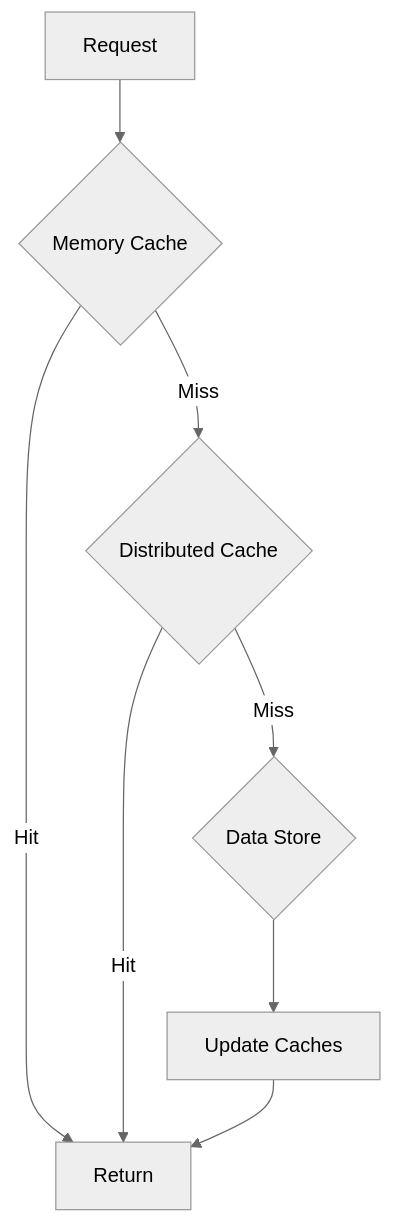
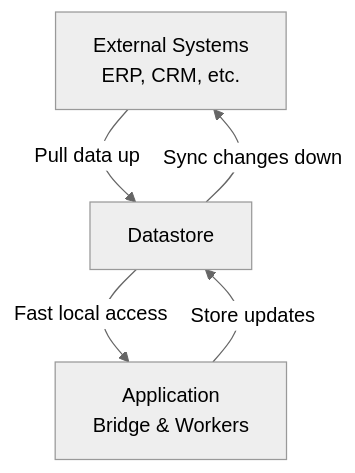
The diagram in docs/core/caching-strategies.md (codedventuresptyltd/foundry), drawn with Mermaid (neutral theme) before and after one commit. The commit also changed other lines of this file and 26 other files, not shown here.

````diff
--- a/docs/core/caching-strategies.md
+++ b/docs/core/caching-strategies.md
@@ -21,10 +26,7 @@
 ```mermaid
 flowchart TB
-    REQ[Request] --> L1{Memory Cache}
-    L1 -->|Hit| RETURN[Return]
-    L1 -->|Miss| L2{Distributed Cache}
-    L2 -->|Hit| RETURN
-    L2 -->|Miss| L3{Data Store}
-    L3 --> CACHE[Update Caches]
-    CACHE --> RETURN
+    EXT[External Systems<br/>ERP, CRM, etc.] -->|Pull data up| DS[Datastore]
+    DS -->|Fast local access| APP[Application<br/>Bridge & Workers]
+    APP -->|Store updates| DS
+    DS -->|Sync changes down| EXT
 ```
````
